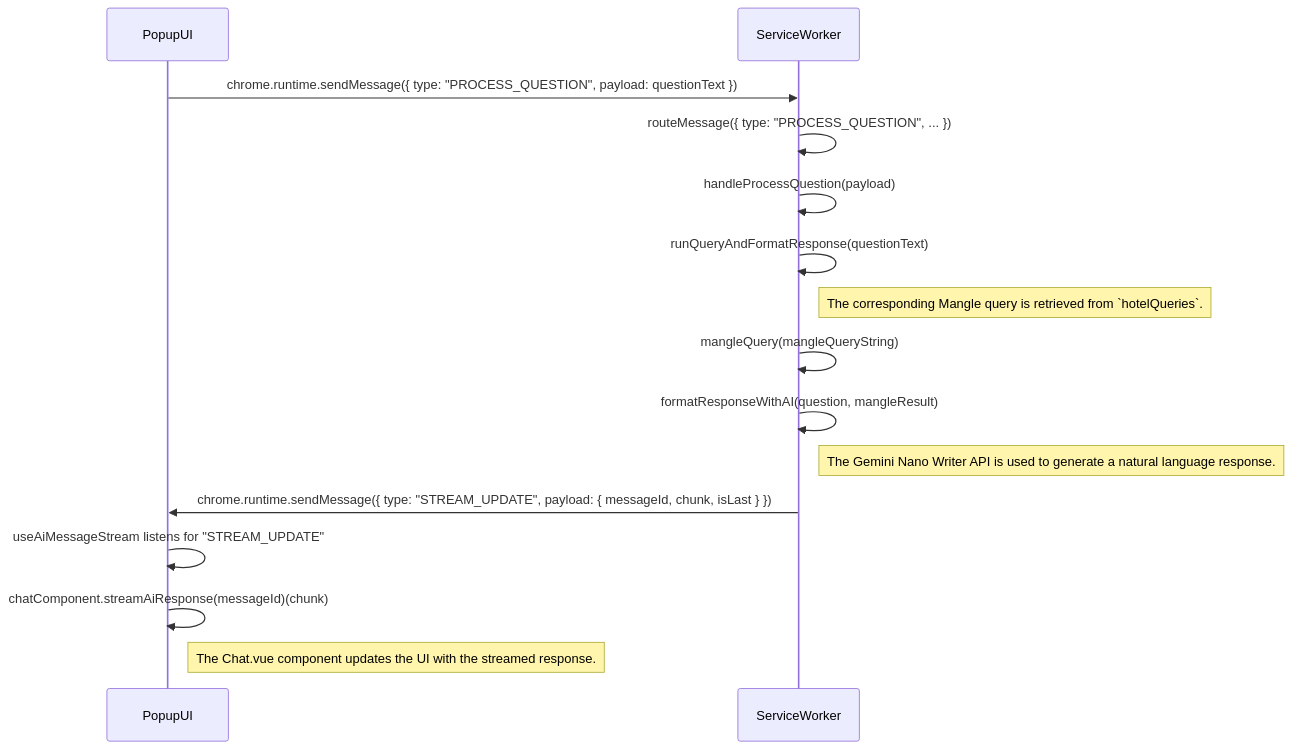
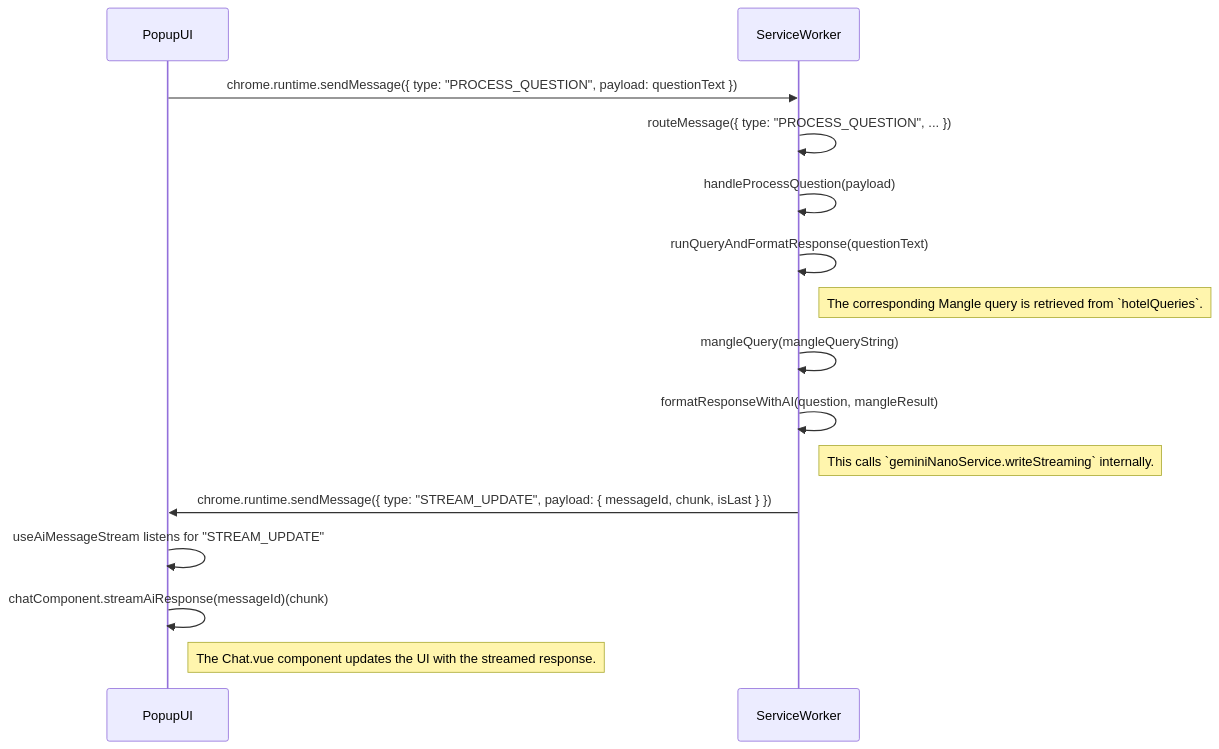
Before and after one commit to JordanScarrott/castor-chrome-extension: the diagram in CHAT_FLOW.md, drawn with Mermaid. The commit also changed other lines of this file and 1 other file, not shown here.

First line of the commit message:
docs: Update Mermaid diagrams to reflect `GeminiNanoService` refactor

````diff
--- a/CHAT_FLOW.md
+++ b/CHAT_FLOW.md
@@ -9,18 +9,18 @@
 ```mermaid
 sequenceDiagram
     participant PopupUI
     participant ServiceWorker
 
     PopupUI->>ServiceWorker: chrome.runtime.sendMessage({ type: "PROCESS_QUESTION", payload: questionText })
     ServiceWorker->>ServiceWorker: routeMessage({ type: "PROCESS_QUESTION", ... })
     ServiceWorker->>ServiceWorker: handleProcessQuestion(payload)
     ServiceWorker->>ServiceWorker: runQueryAndFormatResponse(questionText)
     Note right of ServiceWorker: The corresponding Mangle query is retrieved from `hotelQueries`.
     ServiceWorker->>ServiceWorker: mangleQuery(mangleQueryString)
     ServiceWorker->>ServiceWorker: formatResponseWithAI(question, mangleResult)
-    Note right of ServiceWorker: The Gemini Nano Writer API is used to generate a natural language response.
+    Note right of ServiceWorker: This calls `geminiNanoService.writeStreaming` internally.
     ServiceWorker->>PopupUI: chrome.runtime.sendMessage({ type: "STREAM_UPDATE", payload: { messageId, chunk, isLast } })
     PopupUI->>PopupUI: useAiMessageStream listens for "STREAM_UPDATE"
     PopupUI->>PopupUI: chatComponent.streamAiResponse(messageId)(chunk)
     Note right of PopupUI: The Chat.vue component updates the UI with the streamed response.
 ```
````
